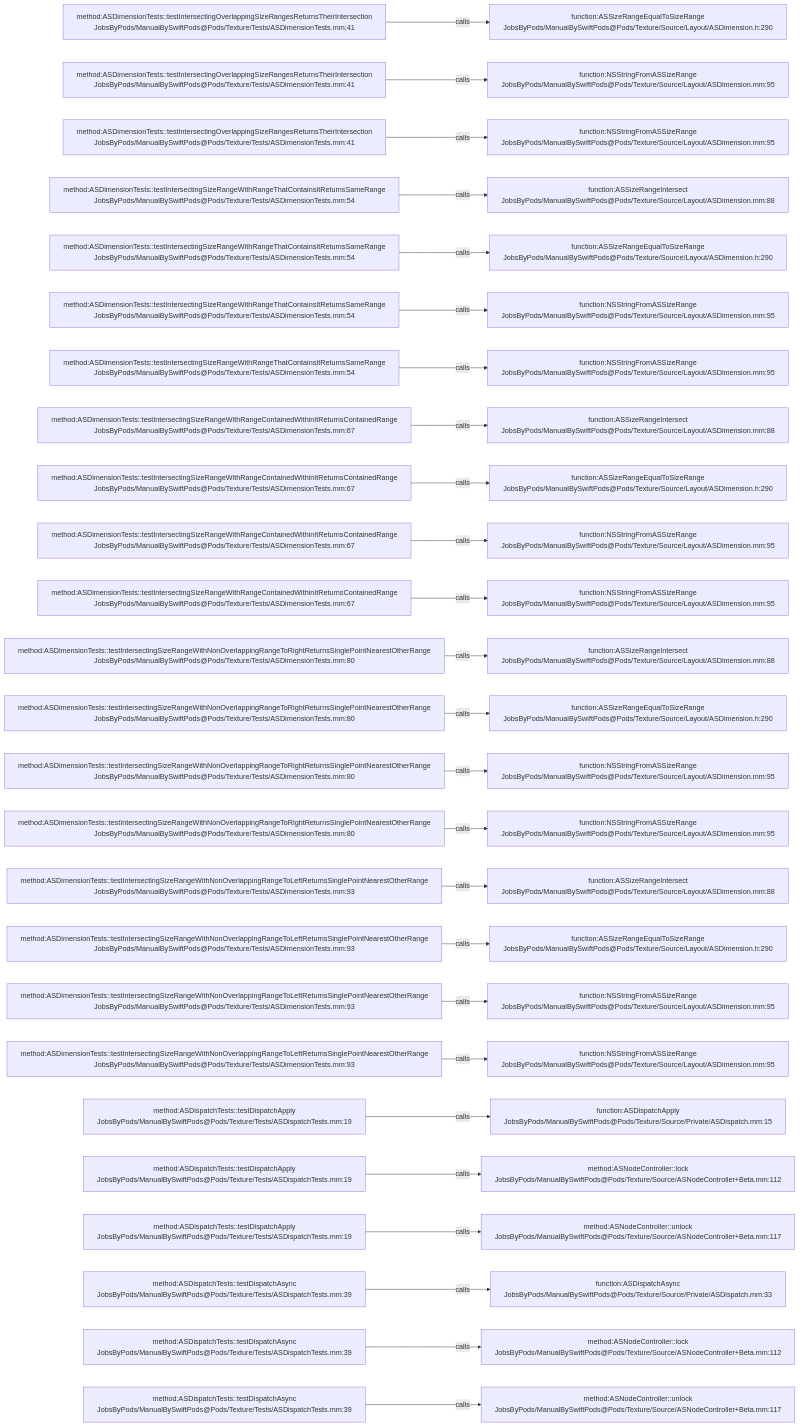
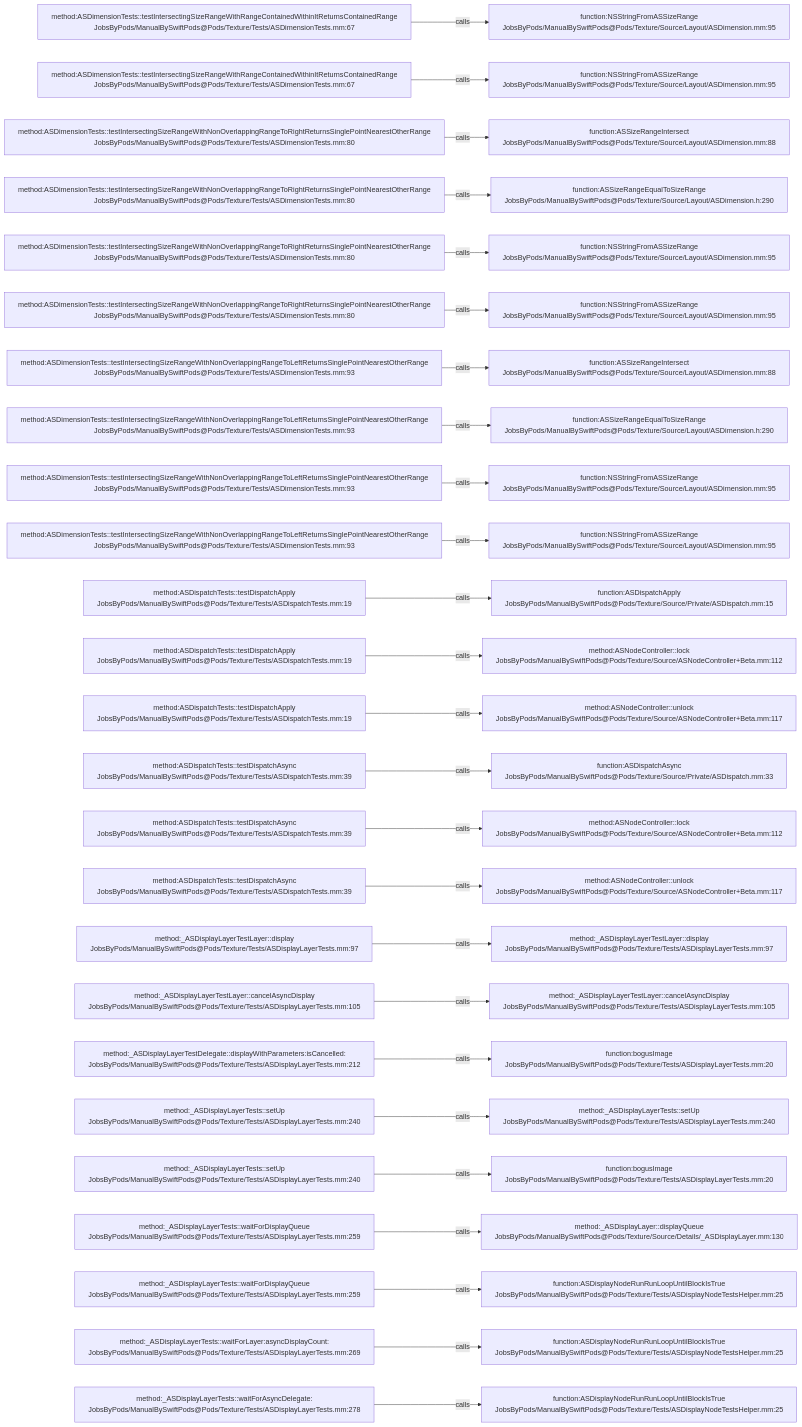
The diagram in .codegraph/codegraph.md/graphs/calls-179.md (JobsKits/JobsSwiftBaseConfigDemo), drawn with Mermaid before and after one commit. The commit also changed 707 other files, not shown here.

````diff
--- a/.codegraph/codegraph.md/graphs/calls-179.md
+++ b/.codegraph/codegraph.md/graphs/calls-179.md
@@ -13,78 +13,78 @@
 ```mermaid
 flowchart LR
-  S1["method:ASDimensionTests::testIntersectingOverlappingSizeRangesReturnsTheirIntersection<br/>JobsByPods/ManualBySwiftPods@Pods/Texture/Tests/ASDimensionTests.mm:41"]
-  T1["function:ASSizeRangeEqualToSizeRange<br/>JobsByPods/ManualBySwiftPods@Pods/Texture/Source/Layout/ASDimension.h:290"]
+  S1["method:ASDimensionTests::testIntersectingSizeRangeWithRangeContainedWithinItReturnsContainedRange<br/>JobsByPods/ManualBySwiftPods@Pods/Texture/Tests/ASDimensionTests.mm:67"]
+  T1["function:NSStringFromASSizeRange<br/>JobsByPods/ManualBySwiftPods@Pods/Texture/Source/Layout/ASDimension.mm:95"]
   S1 -->|calls| T1
-  S2["method:ASDimensionTests::testIntersectingOverlappingSizeRangesReturnsTheirIntersection<br/>JobsByPods/ManualBySwiftPods@Pods/Texture/Tests/ASDimensionTests.mm:41"]
+  S2["method:ASDimensionTests::testIntersectingSizeRangeWithRangeContainedWithinItReturnsContainedRange<br/>JobsByPods/ManualBySwiftPods@Pods/Texture/Tests/ASDimensionTests.mm:67"]
   T2["function:NSStringFromASSizeRange<br/>JobsByPods/ManualBySwiftPods@Pods/Texture/Source/Layout/ASDimension.mm:95"]
   S2 -->|calls| T2
-  S3["method:ASDimensionTests::testIntersectingOverlappingSizeRangesReturnsTheirIntersection<br/>JobsByPods/ManualBySwiftPods@Pods/Texture/Tests/ASDimensionTests.mm:41"]
-  T3["function:NSStringFromASSizeRange<br/>JobsByPods/ManualBySwiftPods@Pods/Texture/Source/Layout/ASDimension.mm:95"]
+  S3["method:ASDimensionTests::testIntersectingSizeRangeWithNonOverlappingRangeToRightReturnsSinglePointNearestOtherRange<br/>JobsByPods/ManualBySwiftPods@Pods/Texture/Tests/ASDimensionTests.mm:80"]
+  T3["function:ASSizeRangeIntersect<br/>JobsByPods/ManualBySwiftPods@Pods/Texture/Source/Layout/ASDimension.mm:88"]
   S3 -->|calls| T3
-  S4["method:ASDimensionTests::testIntersectingSizeRangeWithRangeThatContainsItReturnsSameRange<br/>JobsByPods/ManualBySwiftPods@Pods/Texture/Tests/ASDimensionTests.mm:54"]
-  T4["function:ASSizeRangeIntersect<br/>JobsByPods/ManualBySwiftPods@Pods/Texture/Source/Layout/ASDimension.mm:88"]
+  S4["method:ASDimensionTests::testIntersectingSizeRangeWithNonOverlappingRangeToRightReturnsSinglePointNearestOtherRange<br/>JobsByPods/ManualBySwiftPods@Pods/Texture/Tests/ASDimensionTests.mm:80"]
+  T4["function:ASSizeRangeEqualToSizeRange<br/>JobsByPods/ManualBySwiftPods@Pods/Texture/Source/Layout/ASDimension.h:290"]
   S4 -->|calls| T4
-  S5["method:ASDimensionTests::testIntersectingSizeRangeWithRangeThatContainsItReturnsSameRange<br/>JobsByPods/ManualBySwiftPods@Pods/Texture/Tests/ASDimensionTests.mm:54"]
-  T5["function:ASSizeRangeEqualToSizeRange<br/>JobsByPods/ManualBySwiftPods@Pods/Texture/Source/Layout/ASDimension.h:290"]
+  S5["method:ASDimensionTests::testIntersectingSizeRangeWithNonOverlappingRangeToRightReturnsSinglePointNearestOtherRange<br/>JobsByPods/ManualBySwiftPods@Pods/Texture/Tests/ASDimensionTests.mm:80"]
+  T5["function:NSStringFromASSizeRange<br/>JobsByPods/ManualBySwiftPods@Pods/Texture/Source/Layout/ASDimension.mm:95"]
   S5 -->|calls| T5
-  S6["method:ASDimensionTests::testIntersectingSizeRangeWithRangeThatContainsItReturnsSameRange<br/>JobsByPods/ManualBySwiftPods@Pods/Texture/Tests/ASDimensionTests.mm:54"]
+  S6["method:ASDimensionTests::testIntersectingSizeRangeWithNonOverlappingRangeToRightReturnsSinglePointNearestOtherRange<br/>JobsByPods/ManualBySwiftPods@Pods/Texture/Tests/ASDimensionTests.mm:80"]
   T6["function:NSStringFromASSizeRange<br/>JobsByPods/ManualBySwiftPods@Pods/Texture/Source/Layout/ASDimension.mm:95"]
   S6 -->|calls| T6
-  S7["method:ASDimensionTests::testIntersectingSizeRangeWithRangeThatContainsItReturnsSameRange<br/>JobsByPods/ManualBySwiftPods@Pods/Texture/Tests/ASDimensionTests.mm:54"]
-  T7["function:NSStringFromASSizeRange<br/>JobsByPods/ManualBySwiftPods@Pods/Texture/Source/Layout/ASDimension.mm:95"]
+  S7["method:ASDimensionTests::testIntersectingSizeRangeWithNonOverlappingRangeToLeftReturnsSinglePointNearestOtherRange<br/>JobsByPods/ManualBySwiftPods@Pods/Texture/Tests/ASDimensionTests.mm:93"]
+  T7["function:ASSizeRangeIntersect<br/>JobsByPods/ManualBySwiftPods@Pods/Texture/Source/Layout/ASDimension.mm:88"]
   S7 -->|calls| T7
-  S8["method:ASDimensionTests::testIntersectingSizeRangeWithRangeContainedWithinItReturnsContainedRange<br/>JobsByPods/ManualBySwiftPods@Pods/Texture/Tests/ASDimensionTests.mm:67"]
-  T8["function:ASSizeRangeIntersect<br/>JobsByPods/ManualBySwiftPods@Pods/Texture/Source/Layout/ASDimension.mm:88"]
+  S8["method:ASDimensionTests::testIntersectingSizeRangeWithNonOverlappingRangeToLeftReturnsSinglePointNearestOtherRange<br/>JobsByPods/ManualBySwiftPods@Pods/Texture/Tests/ASDimensionTests.mm:93"]
+  T8["function:ASSizeRangeEqualToSizeRange<br/>JobsByPods/ManualBySwiftPods@Pods/Texture/Source/Layout/ASDimension.h:290"]
   S8 -->|calls| T8
-  S9["method:ASDimensionTests::testIntersectingSizeRangeWithRangeContainedWithinItReturnsContainedRange<br/>JobsByPods/ManualBySwiftPods@Pods/Texture/Tests/ASDimensionTests.mm:67"]
-  T9["function:ASSizeRangeEqualToSizeRange<br/>JobsByPods/ManualBySwiftPods@Pods/Texture/Source/Layout/ASDimension.h:290"]
+  S9["method:ASDimensionTests::testIntersectingSizeRangeWithNonOverlappingRangeToLeftReturnsSinglePointNearestOtherRange<br/>JobsByPods/ManualBySwiftPods@Pods/Texture/Tests/ASDimensionTests.mm:93"]
+  T9["function:NSStringFromASSizeRange<br/>JobsByPods/ManualBySwiftPods@Pods/Texture/Source/Layout/ASDimension.mm:95"]
   S9 -->|calls| T9
-  S10["method:ASDimensionTests::testIntersectingSizeRangeWithRangeContainedWithinItReturnsContainedRange<br/>JobsByPods/ManualBySwiftPods@Pods/Texture/Tests/ASDimensionTests.mm:67"]
+  S10["method:ASDimensionTests::testIntersectingSizeRangeWithNonOverlappingRangeToLeftReturnsSinglePointNearestOtherRange<br/>JobsByPods/ManualBySwiftPods@Pods/Texture/Tests/ASDimensionTests.mm:93"]
   T10["function:NSStringFromASSizeRange<br/>JobsByPods/ManualBySwiftPods@Pods/Texture/Source/Layout/ASDimension.mm:95"]
   S10 -->|calls| T10
-  S11["method:ASDimensionTests::testIntersectingSizeRangeWithRangeContainedWithinItReturnsContainedRange<br/>JobsByPods/ManualBySwiftPods@Pods/Texture/Tests/ASDimensionTests.mm:67"]
-  T11["function:NSStringFromASSizeRange<br/>JobsByPods/ManualBySwiftPods@Pods/Texture/Source/Layout/ASDimension.mm:95"]
+  S11["method:ASDispatchTests::testDispatchApply<br/>JobsByPods/ManualBySwiftPods@Pods/Texture/Tests/ASDispatchTests.mm:19"]
+  T11["function:ASDispatchApply<br/>JobsByPods/ManualBySwiftPods@Pods/Texture/Source/Private/ASDispatch.mm:15"]
   S11 -->|calls| T11
-  S12["method:ASDimensionTests::testIntersectingSizeRangeWithNonOverlappingRangeToRightReturnsSinglePointNearestOtherRange<br/>JobsByPods/ManualBySwiftPods@Pods/Texture/Tests/ASDimensionTests.mm:80"]
-  T12["function:ASSizeRangeIntersect<br/>JobsByPods/ManualBySwiftPods@Pods/Texture/Source/Layout/ASDimension.mm:88"]
+  S12["method:ASDispatchTests::testDispatchApply<br/>JobsByPods/ManualBySwiftPods@Pods/Texture/Tests/ASDispatchTests.mm:19"]
+  T12["method:ASNodeController::lock<br/>JobsByPods/ManualBySwiftPods@Pods/Texture/Source/ASNodeController+Beta.mm:112"]
   S12 -->|calls| T12
-  S13["method:ASDimensionTests::testIntersectingSizeRangeWithNonOverlappingRangeToRightReturnsSinglePointNearestOtherRange<br/>JobsByPods/ManualBySwiftPods@Pods/Texture/Tests/ASDimensionTests.mm:80"]
-  T13["function:ASSizeRangeEqualToSizeRange<br/>JobsByPods/ManualBySwiftPods@Pods/Texture/Source/Layout/ASDimension.h:290"]
+  S13["method:ASDispatchTests::testDispatchApply<br/>JobsByPods/ManualBySwiftPods@Pods/Texture/Tests/ASDispatchTests.mm:19"]
+  T13["method:ASNodeController::unlock<br/>JobsByPods/ManualBySwiftPods@Pods/Texture/Source/ASNodeController+Beta.mm:117"]
   S13 -->|calls| T13
-  S14["method:ASDimensionTests::testIntersectingSizeRangeWithNonOverlappingRangeToRightReturnsSinglePointNearestOtherRange<br/>JobsByPods/ManualBySwiftPods@Pods/Texture/Tests/ASDimensionTests.mm:80"]
-  T14["function:NSStringFromASSizeRange<br/>JobsByPods/ManualBySwiftPods@Pods/Texture/Source/Layout/ASDimension.mm:95"]
+  S14["method:ASDispatchTests::testDispatchAsync<br/>JobsByPods/ManualBySwiftPods@Pods/Texture/Tests/ASDispatchTests.mm:39"]
+  T14["function:ASDispatchAsync<br/>JobsByPods/ManualBySwiftPods@Pods/Texture/Source/Private/ASDispatch.mm:33"]
   S14 -->|calls| T14
-  S15["method:ASDimensionTests::testIntersectingSizeRangeWithNonOverlappingRangeToRightReturnsSinglePointNearestOtherRange<br/>JobsByPods/ManualBySwiftPods@Pods/Texture/Tests/ASDimensionTests.mm:80"]
-  T15["function:NSStringFromASSizeRange<br/>JobsByPods/ManualBySwiftPods@Pods/Texture/Source/Layout/ASDimension.mm:95"]
+  S15["method:ASDispatchTests::testDispatchAsync<br/>JobsByPods/ManualBySwiftPods@Pods/Texture/Tests/ASDispatchTests.mm:39"]
+  T15["method:ASNodeController::lock<br/>JobsByPods/ManualBySwiftPods@Pods/Texture/Source/ASNodeController+Beta.mm:112"]
   S15 -->|calls| T15
-  S16["method:ASDimensionTests::testIntersectingSizeRangeWithNonOverlappingRangeToLeftReturnsSinglePointNearestOtherRange<br/>JobsByPods/ManualBySwiftPods@Pods/Texture/Tests/ASDimensionTests.mm:93"]
-  T16["function:ASSizeRangeIntersect<br/>JobsByPods/ManualBySwiftPods@Pods/Texture/Source/Layout/ASDimension.mm:88"]
+  S16["method:ASDispatchTests::testDispatchAsync<br/>JobsByPods/ManualBySwiftPods@Pods/Texture/Tests/ASDispatchTests.mm:39"]
+  T16["method:ASNodeController::unlock<br/>JobsByPods/ManualBySwiftPods@Pods/Texture/Source/ASNodeController+Beta.mm:117"]
   S16 -->|calls| T16
-  S17["method:ASDimensionTests::testIntersectingSizeRangeWithNonOverlappingRangeToLeftReturnsSinglePointNearestOtherRange<br/>JobsByPods/ManualBySwiftPods@Pods/Texture/Tests/ASDimensionTests.mm:93"]
-  T17["function:ASSizeRangeEqualToSizeRange<br/>JobsByPods/ManualBySwiftPods@Pods/Texture/Source/Layout/ASDimension.h:290"]
+  S17["method:_ASDisplayLayerTestLayer::display<br/>JobsByPods/ManualBySwiftPods@Pods/Texture/Tests/ASDisplayLayerTests.mm:97"]
+  T17["method:_ASDisplayLayerTestLayer::display<br/>JobsByPods/ManualBySwiftPods@Pods/Texture/Tests/ASDisplayLayerTests.mm:97"]
   S17 -->|calls| T17
-  S18["method:ASDimensionTests::testIntersectingSizeRangeWithNonOverlappingRangeToLeftReturnsSinglePointNearestOtherRange<br/>JobsByPods/ManualBySwiftPods@Pods/Texture/Tests/ASDimensionTests.mm:93"]
-  T18["function:NSStringFromASSizeRange<br/>JobsByPods/ManualBySwiftPods@Pods/Texture/Source/Layout/ASDimension.mm:95"]
+  S18["method:_ASDisplayLayerTestLayer::cancelAsyncDisplay<br/>JobsByPods/ManualBySwiftPods@Pods/Texture/Tests/ASDisplayLayerTests.mm:105"]
+  T18["method:_ASDisplayLayerTestLayer::cancelAsyncDisplay<br/>JobsByPods/ManualBySwiftPods@Pods/Texture/Tests/ASDisplayLayerTests.mm:105"]
   S18 -->|calls| T18
-  S19["method:ASDimensionTests::testIntersectingSizeRangeWithNonOverlappingRangeToLeftReturnsSinglePointNearestOtherRange<br/>JobsByPods/ManualBySwiftPods@Pods/Texture/Tests/ASDimensionTests.mm:93"]
-  T19["function:NSStringFromASSizeRange<br/>JobsByPods/ManualBySwiftPods@Pods/Texture/Source/Layout/ASDimension.mm:95"]
+  S19["method:_ASDisplayLayerTestDelegate::displayWithParameters:isCancelled:<br/>JobsByPods/ManualBySwiftPods@Pods/Texture/Tests/ASDisplayLayerTests.mm:212"]
+  T19["function:bogusImage<br/>JobsByPods/ManualBySwiftPods@Pods/Texture/Tests/ASDisplayLayerTests.mm:20"]
   S19 -->|calls| T19
-  S20["method:ASDispatchTests::testDispatchApply<br/>JobsByPods/ManualBySwiftPods@Pods/Texture/Tests/ASDispatchTests.mm:19"]
-  T20["function:ASDispatchApply<br/>JobsByPods/ManualBySwiftPods@Pods/Texture/Source/Private/ASDispatch.mm:15"]
+  S20["method:_ASDisplayLayerTests::setUp<br/>JobsByPods/ManualBySwiftPods@Pods/Texture/Tests/ASDisplayLayerTests.mm:240"]
+  T20["method:_ASDisplayLayerTests::setUp<br/>JobsByPods/ManualBySwiftPods@Pods/Texture/Tests/ASDisplayLayerTests.mm:240"]
   S20 -->|calls| T20
-  S21["method:ASDispatchTests::testDispatchApply<br/>JobsByPods/ManualBySwiftPods@Pods/Texture/Tests/ASDispatchTests.mm:19"]
-  T21["method:ASNodeController::lock<br/>JobsByPods/ManualBySwiftPods@Pods/Texture/Source/ASNodeController+Beta.mm:112"]
+  S21["method:_ASDisplayLayerTests::setUp<br/>JobsByPods/ManualBySwiftPods@Pods/Texture/Tests/ASDisplayLayerTests.mm:240"]
+  T21["function:bogusImage<br/>JobsByPods/ManualBySwiftPods@Pods/Texture/Tests/ASDisplayLayerTests.mm:20"]
   S21 -->|calls| T21
-  S22["method:ASDispatchTests::testDispatchApply<br/>JobsByPods/ManualBySwiftPods@Pods/Texture/Tests/ASDispatchTests.mm:19"]
-  T22["method:ASNodeController::unlock<br/>JobsByPods/ManualBySwiftPods@Pods/Texture/Source/ASNodeController+Beta.mm:117"]
+  S22["method:_ASDisplayLayerTests::waitForDisplayQueue<br/>JobsByPods/ManualBySwiftPods@Pods/Texture/Tests/ASDisplayLayerTests.mm:259"]
+  T22["method:_ASDisplayLayer::displayQueue<br/>JobsByPods/ManualBySwiftPods@Pods/Texture/Source/Details/_ASDisplayLayer.mm:130"]
   S22 -->|calls| T22
-  S23["method:ASDispatchTests::testDispatchAsync<br/>JobsByPods/ManualBySwiftPods@Pods/Texture/Tests/ASDispatchTests.mm:39"]
-  T23["function:ASDispatchAsync<br/>JobsByPods/ManualBySwiftPods@Pods/Texture/Source/Private/ASDispatch.mm:33"]
+  S23["method:_ASDisplayLayerTests::waitForDisplayQueue<br/>JobsByPods/ManualBySwiftPods@Pods/Texture/Tests/ASDisplayLayerTests.mm:259"]
+  T23["function:ASDisplayNodeRunRunLoopUntilBlockIsTrue<br/>JobsByPods/ManualBySwiftPods@Pods/Texture/Tests/ASDisplayNodeTestsHelper.mm:25"]
   S23 -->|calls| T23
-  S24["method:ASDispatchTests::testDispatchAsync<br/>JobsByPods/ManualBySwiftPods@Pods/Texture/Tests/ASDispatchTests.mm:39"]
-  T24["method:ASNodeController::lock<br/>JobsByPods/ManualBySwiftPods@Pods/Texture/Source/ASNodeController+Beta.mm:112"]
+  S24["method:_ASDisplayLayerTests::waitForLayer:asyncDisplayCount:<br/>JobsByPods/ManualBySwiftPods@Pods/Texture/Tests/ASDisplayLayerTests.mm:269"]
+  T24["function:ASDisplayNodeRunRunLoopUntilBlockIsTrue<br/>JobsByPods/ManualBySwiftPods@Pods/Texture/Tests/ASDisplayNodeTestsHelper.mm:25"]
   S24 -->|calls| T24
-  S25["method:ASDispatchTests::testDispatchAsync<br/>JobsByPods/ManualBySwiftPods@Pods/Texture/Tests/ASDispatchTests.mm:39"]
-  T25["method:ASNodeController::unlock<br/>JobsByPods/ManualBySwiftPods@Pods/Texture/Source/ASNodeController+Beta.mm:117"]
+  S25["method:_ASDisplayLayerTests::waitForAsyncDelegate:<br/>JobsByPods/ManualBySwiftPods@Pods/Texture/Tests/ASDisplayLayerTests.mm:278"]
+  T25["function:ASDisplayNodeRunRunLoopUntilBlockIsTrue<br/>JobsByPods/ManualBySwiftPods@Pods/Texture/Tests/ASDisplayNodeTestsHelper.mm:25"]
   S25 -->|calls| T25
 ```
````
